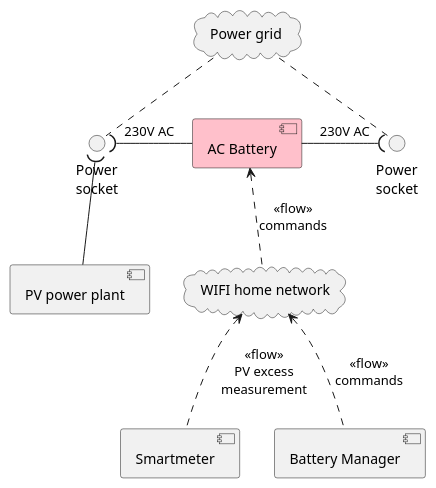
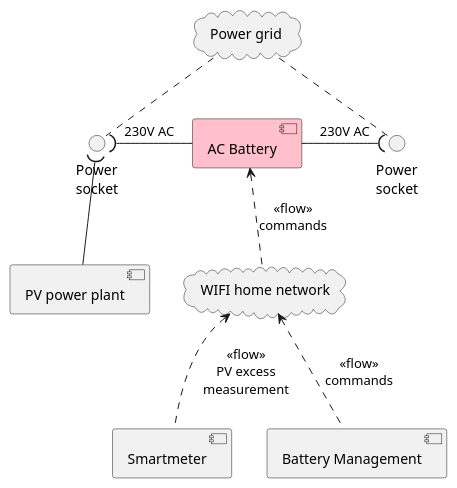
One commit to cdeck3r/acbattery changed the diagram in plantuml/systemcontext.plantuml. Above: the diagram before and after it, drawn with PlantUML.

Commit message:
Minor change in component description for battery management

```diff
--- a/plantuml/systemcontext.plantuml
+++ b/plantuml/systemcontext.plantuml
@@ -1,24 +1,24 @@
 @startuml
 skinparam componentStyle uml2
 
 cloud "Power grid" as grid
 cloud "WIFI home network" as net
 interface "Power\nsocket" as isocket
 component "AC Battery" as batt #pink
 component "Smartmeter" as sm
-component "Battery Manager" as mng 
+component "Battery Management" as mng 
 interface "Power\nsocket" as osocket
 
 component "PV power plant" as pv 
 
 grid .down. isocket
 isocket )- batt: 230V AC
 batt -( osocket: 230V AC
 osocket .up. grid
 
 isocket )-down- pv
 
 batt <.down. net: <<flow>>\ncommands
 sm .up.> net: <<flow>>\nPV excess\nmeasurement
 mng .up.> net: <<flow>>\ncommands
 @enduml
```
